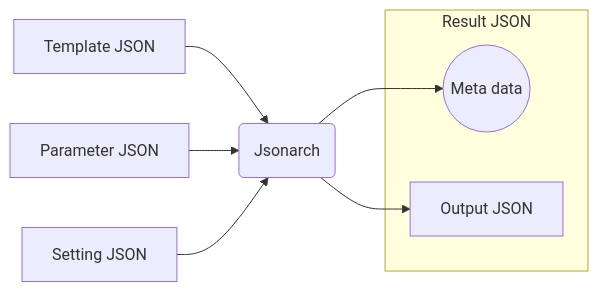
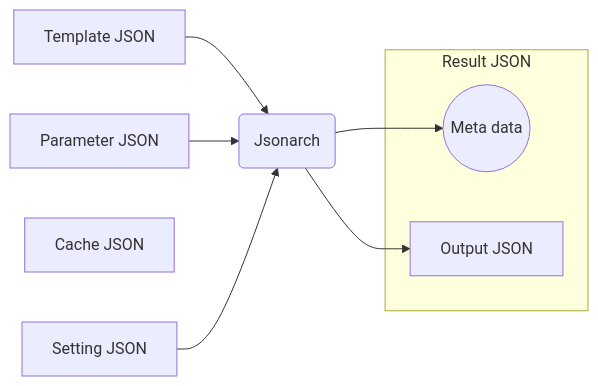
Before and after one commit to wraith13/jsonarch.old: the diagram in README.md, drawn with Mermaid. The commit also changed other lines of this file and 9 other files, not shown here.

````diff
--- a/README.md
+++ b/README.md
@@ -19,15 +19,16 @@
 ```mermaid
 graph LR;
     T[Template JSON];
     P[Parameter JSON];
+    C[Cache JSON];
     S[Setting JSON];
     T[Template JSON]-->J(Jsonarch);
     P[Parameter JSON]-->J(Jsonarch);
     S[Setting JSON]-->J(Jsonarch);
     subgraph R[Result JSON]
         M((Meta data));
         O[Output JSON];
     end
     J(Jsonarch)-->M((Meta data));
     J(Jsonarch)-->O[Output JSON];
 ```
````
